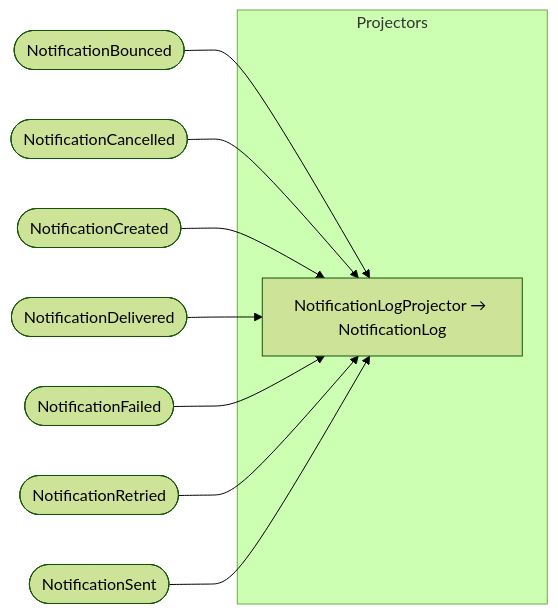
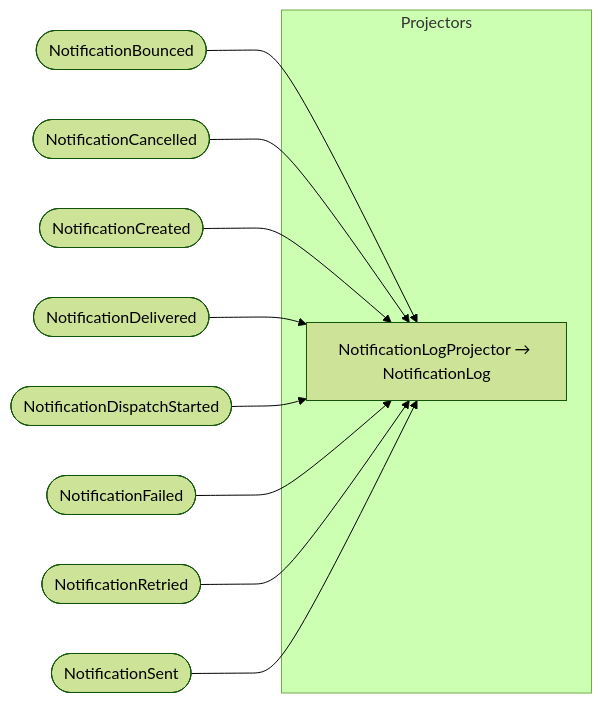
The eighth of 9 diagrams in docs/notifications/handler-wiring.md (proteanhq/shopstream), drawn with Mermaid (forest theme) before and after one commit. The commit also changed other lines of this file and 61 other files, not shown here.

First line of the commit message:
Claim a notification before its send, and send retried notifications again (#130)

````diff
--- a/docs/notifications/handler-wiring.md
+++ b/docs/notifications/handler-wiring.md
@@ -107,13 +111,14 @@
 ```mermaid
 flowchart LR
     subgraph projectors["Projectors"]
         proj_notifications_projections_notification_log_NotificationLogProjector[NotificationLogProjector → NotificationLog]
     end
     evt_notifications_notification_events_NotificationBounced([NotificationBounced]) --> proj_notifications_projections_notification_log_NotificationLogProjector
     evt_notifications_notification_events_NotificationCancelled([NotificationCancelled]) --> proj_notifications_projections_notification_log_NotificationLogProjector
     evt_notifications_notification_events_NotificationCreated([NotificationCreated]) --> proj_notifications_projections_notification_log_NotificationLogProjector
     evt_notifications_notification_events_NotificationDelivered([NotificationDelivered]) --> proj_notifications_projections_notification_log_NotificationLogProjector
+    evt_notifications_notification_events_NotificationDispatchStarted([NotificationDispatchStarted]) --> proj_notifications_projections_notification_log_NotificationLogProjector
     evt_notifications_notification_events_NotificationFailed([NotificationFailed]) --> proj_notifications_projections_notification_log_NotificationLogProjector
     evt_notifications_notification_events_NotificationRetried([NotificationRetried]) --> proj_notifications_projections_notification_log_NotificationLogProjector
     evt_notifications_notification_events_NotificationSent([NotificationSent]) --> proj_notifications_projections_notification_log_NotificationLogProjector
 ```
````
